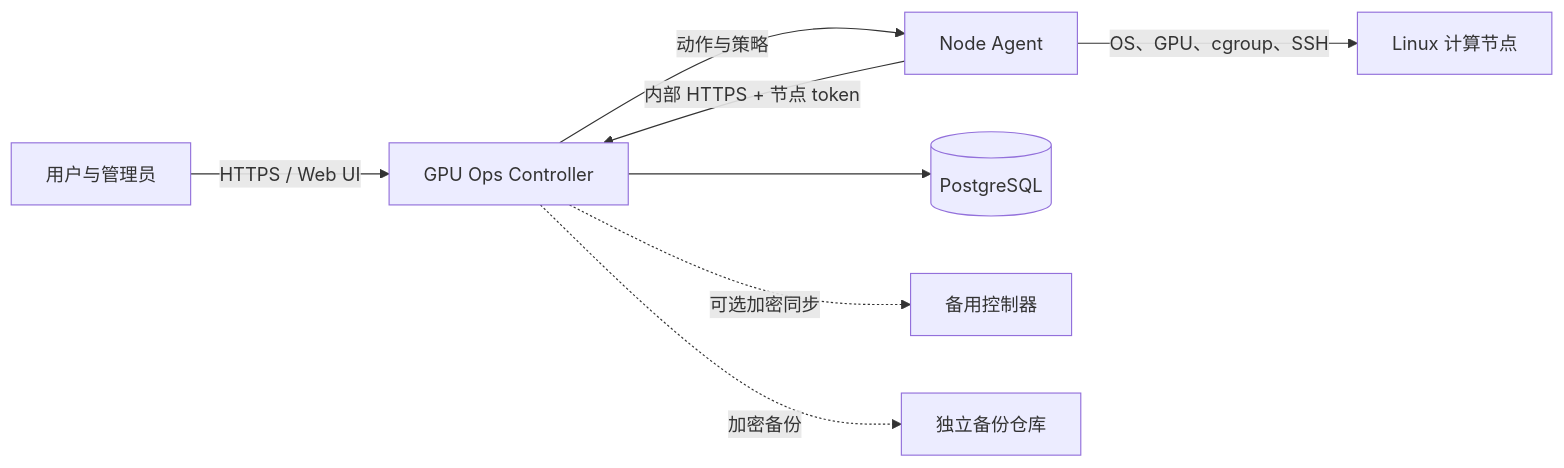
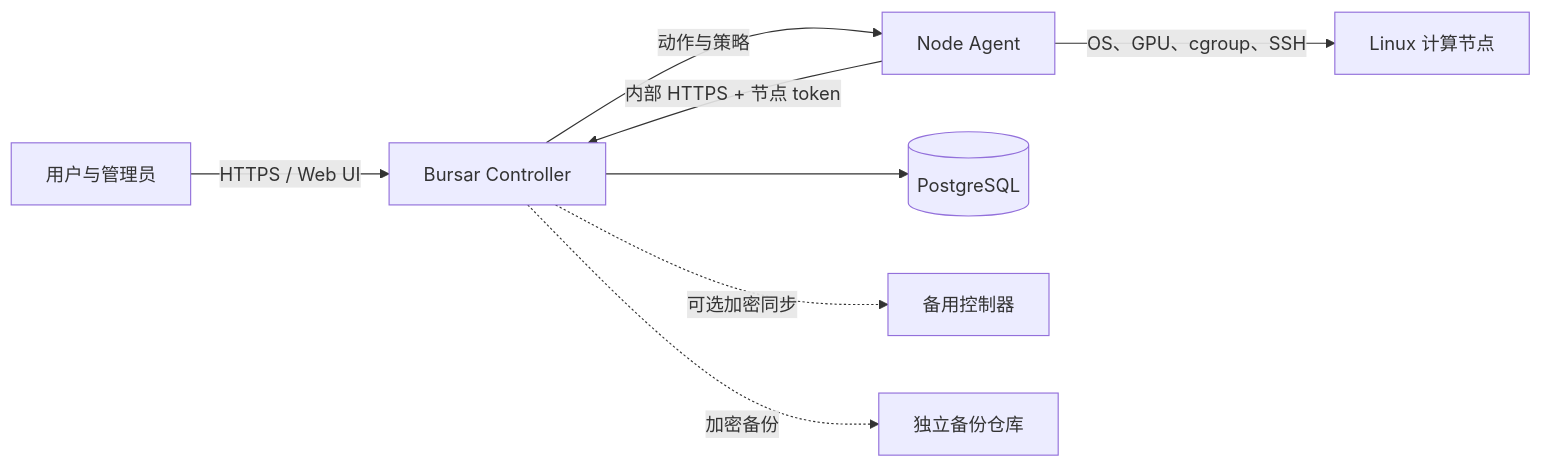
The diagram in README.zh-CN.md (atoz03/Bursar), drawn with Mermaid before and after one commit. The commit also changed other lines of this file and 32 other files, not shown here.

````diff
--- a/README.zh-CN.md
+++ b/README.zh-CN.md
@@ -35,10 +37,10 @@
 ```mermaid
 flowchart LR
-    U[用户与管理员] -->|HTTPS / Web UI| C[GPU Ops Controller]
+    U[用户与管理员] -->|HTTPS / Web UI| C[Bursar Controller]
     A[Node Agent] -->|内部 HTTPS + 节点 token| C
     C --> P[(PostgreSQL)]
     C -->|动作与策略| A
     A -->|OS、GPU、cgroup、SSH| N[Linux 计算节点]
     C -. 可选加密同步 .-> S[备用控制器]
     C -. 加密备份 .-> B[独立备份仓库]
 ```
````
